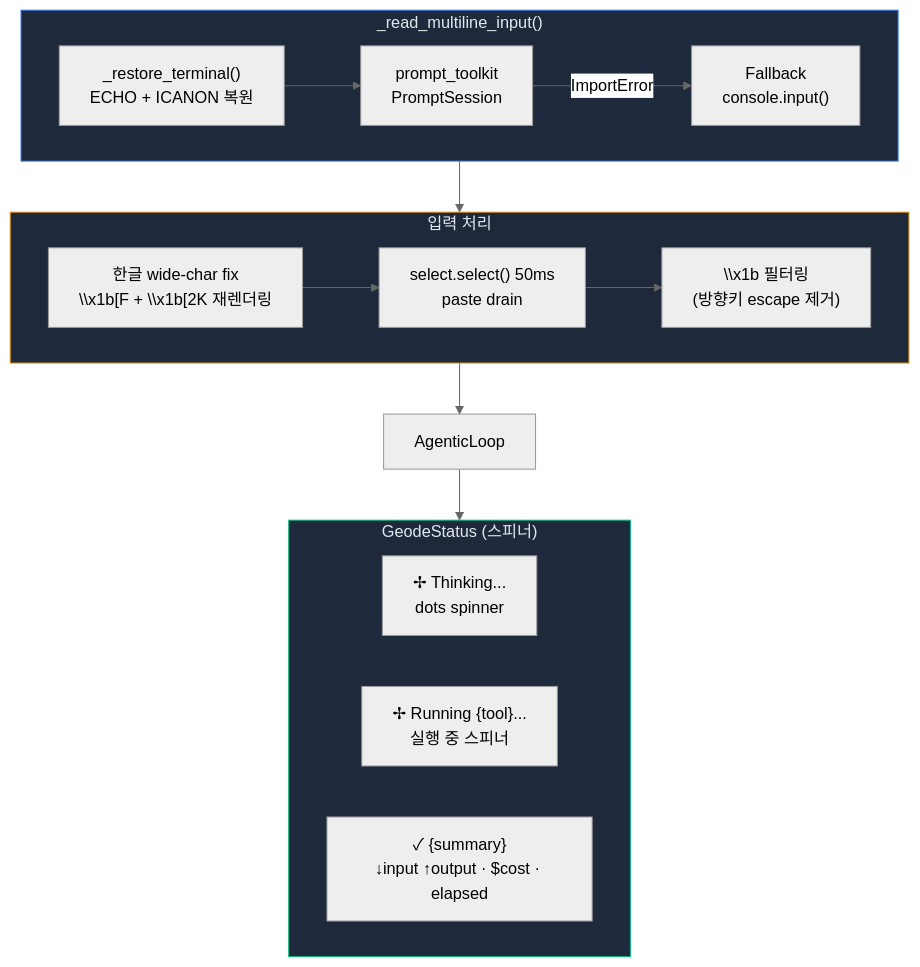
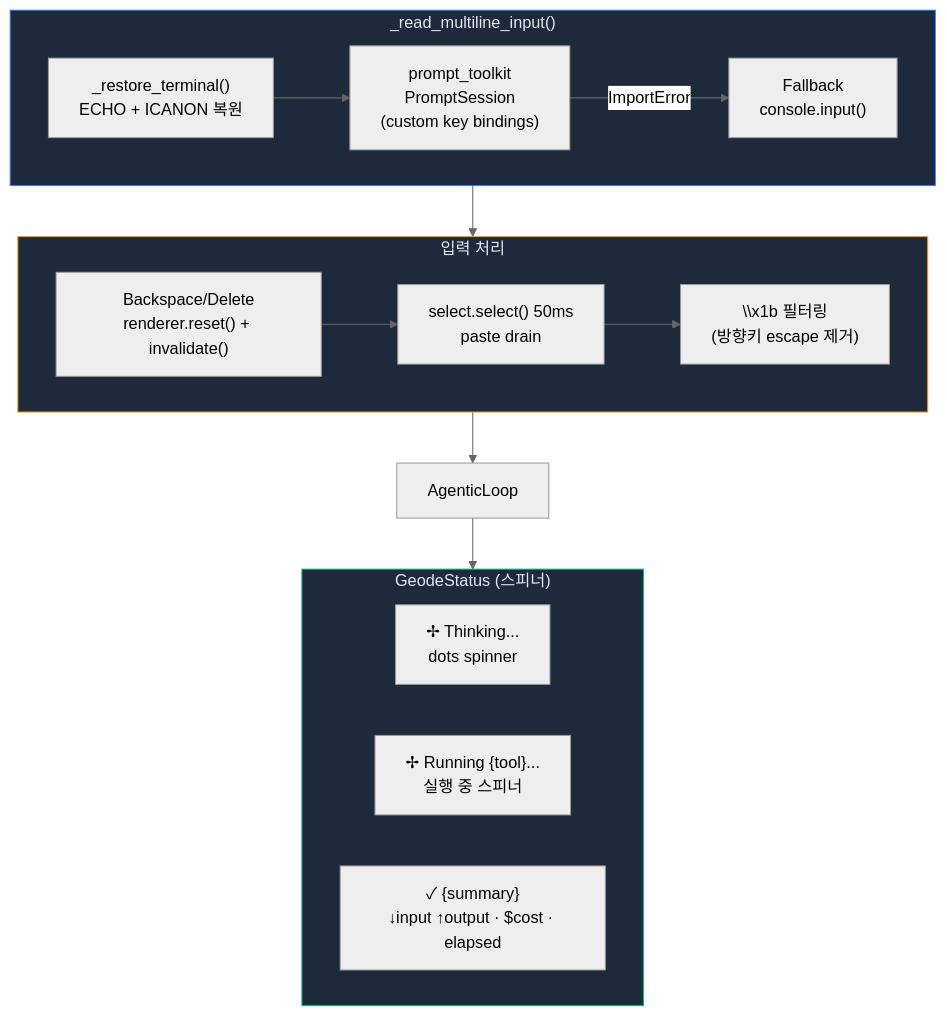
Diagram 14 of 15 in README.md (mangowhoiscloud/geode), drawn with Mermaid (neutral theme) before and after one commit. The commit also changed other lines of this file and 4 other files, not shown here.

First line of the commit message:
fix(docs): 정합성 검증 워크플로우 보강 + CHANGELOG/README/MCP 동기화

````diff
--- a/README.md
+++ b/README.md
@@ -555,32 +555,32 @@
 ```mermaid
 graph TB
     subgraph Input["_read_multiline_input()"]
         Restore["_restore_terminal()<br/>ECHO + ICANON 복원"]
-        PT["prompt_toolkit<br/>PromptSession"]
+        PT["prompt_toolkit<br/>PromptSession<br/>(custom key bindings)"]
         FB["Fallback<br/>console.input()"]
         Restore --> PT
         PT -->|ImportError| FB
     end
 
     subgraph Processing["입력 처리"]
-        Wide["한글 wide-char fix<br/>\\x1b[F + \\x1b[2K 재렌더링"]
+        KB["Backspace/Delete<br/>renderer.reset() + invalidate()"]
         Drain["select.select() 50ms<br/>paste drain"]
         ESC["\\x1b 필터링<br/>(방향키 escape 제거)"]
-        Wide --> Drain
+        KB --> Drain
         Drain --> ESC
     end
 
     subgraph Status["GeodeStatus (스피너)"]
         Spin["✢ Thinking...<br/>dots spinner"]
         Tool["✢ Running {tool}...<br/>실행 중 스피너"]
         Done["✓ {summary}<br/>↓input ↑output · $cost · elapsed"]
     end
 
     Input --> Processing
     Processing --> AL["AgenticLoop"]
     AL --> Status
 
     style Input fill:#1e293b,stroke:#3b82f6,color:#e2e8f0
     style Processing fill:#1e293b,stroke:#f59e0b,color:#e2e8f0
     style Status fill:#1e293b,stroke:#10b981,color:#e2e8f0
 ```
````
